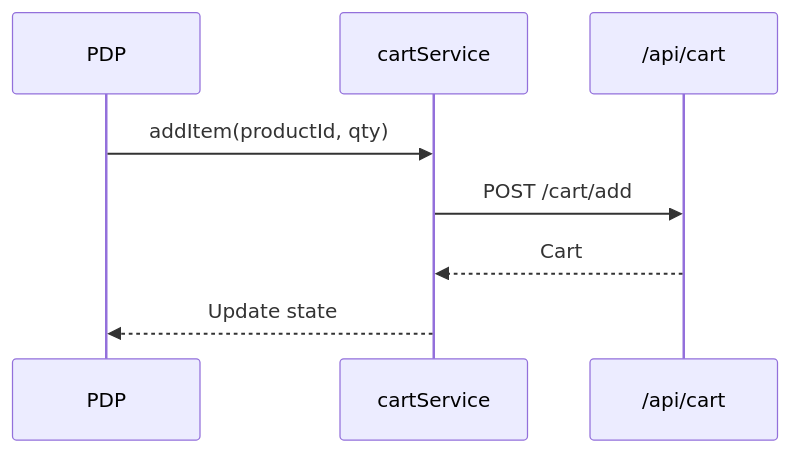
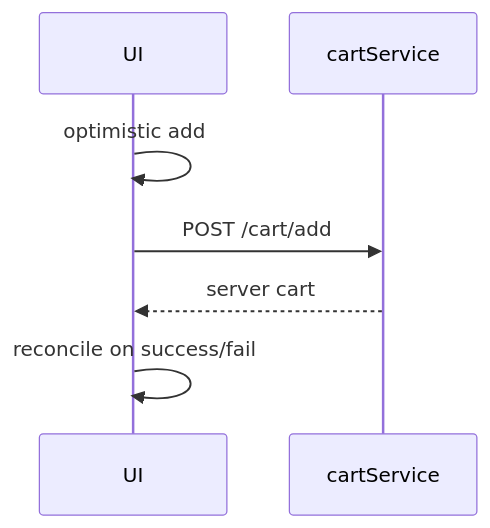
Before and after one commit to abh1hi/aura-shop: the fourth of 9 diagrams in metainflu/frontend/client/src/services/SERVICES_DEVELOPER_DOCUMENTATION.md, drawn with Mermaid. The commit also changed other lines of this file, not shown here.

````diff
--- a/metainflu/frontend/client/src/services/SERVICES_DEVELOPER_DOCUMENTATION.md
+++ b/metainflu/frontend/client/src/services/SERVICES_DEVELOPER_DOCUMENTATION.md
@@ -154,10 +274,9 @@
 ```mermaid
 sequenceDiagram
-  participant UI as PDP
-  participant S as cartService
-  participant API as /api/cart
-  UI->>S: addItem(productId, qty)
-  S->>API: POST /cart/add
-  API-->>S: Cart
-  S-->>UI: Update state
+  participant UI
+  participant Cart as cartService
+  UI->>UI: optimistic add
+  UI->>Cart: POST /cart/add
+  Cart-->>UI: server cart
+  UI->>UI: reconcile on success/fail
 ```
````
